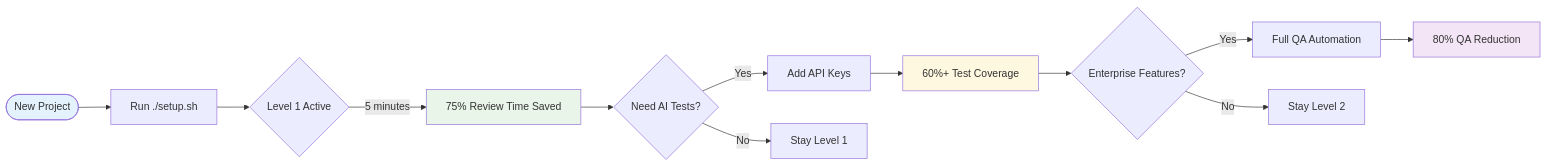
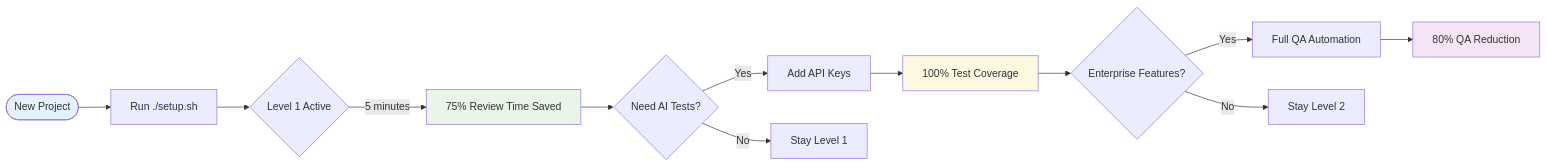
The second of 2 diagrams in docs/architecture-simplified.md (nydamon/ai-sdlc-docs), drawn with Mermaid before and after one commit. The commit also changed other lines of this file, not shown here.

First line of the commit message:
docs: update architecture with validated AI capabilities

````diff
--- a/docs/architecture-simplified.md
+++ b/docs/architecture-simplified.md
@@ -43,22 +43,22 @@
 ```mermaid
 flowchart LR
     Start([New Project]) --> Setup[Run ./setup.sh]
     Setup --> Level1{Level 1 Active}
     Level1 -->|5 minutes| Benefits1[75% Review Time Saved]
 
     Benefits1 --> Upgrade1{Need AI Tests?}
     Upgrade1 -->|Yes| Level2[Add API Keys]
     Upgrade1 -->|No| Stay1[Stay Level 1]
 
-    Level2 --> Benefits2[60%+ Test Coverage]
+    Level2 --> Benefits2[100% Test Coverage]
     Benefits2 --> Upgrade2{Enterprise Features?}
     Upgrade2 -->|Yes| Level3[Full QA Automation]
     Upgrade2 -->|No| Stay2[Stay Level 2]
 
     Level3 --> Benefits3[80% QA Reduction]
 
     style Start fill:#e3f2fd
     style Benefits1 fill:#e8f5e8
     style Benefits2 fill:#fff8e1
     style Benefits3 fill:#f3e5f5
 ```
````
